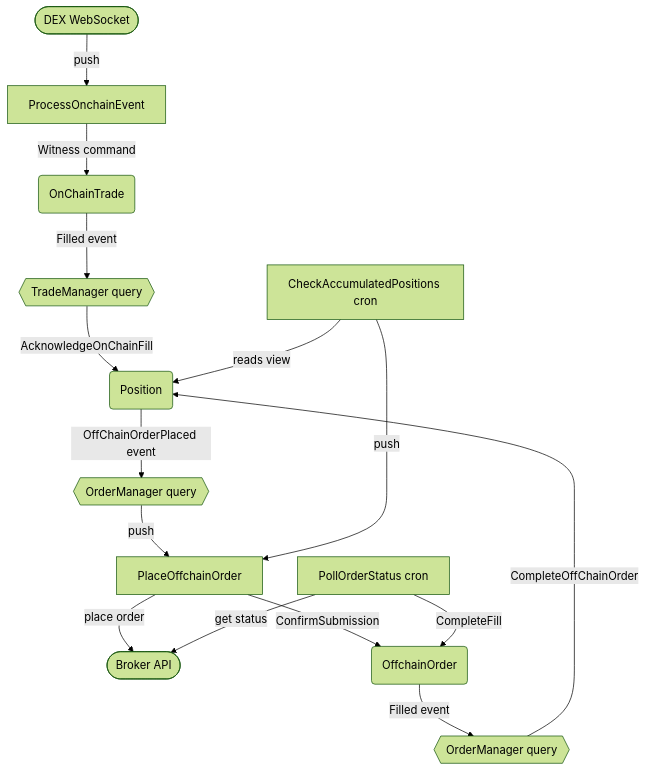
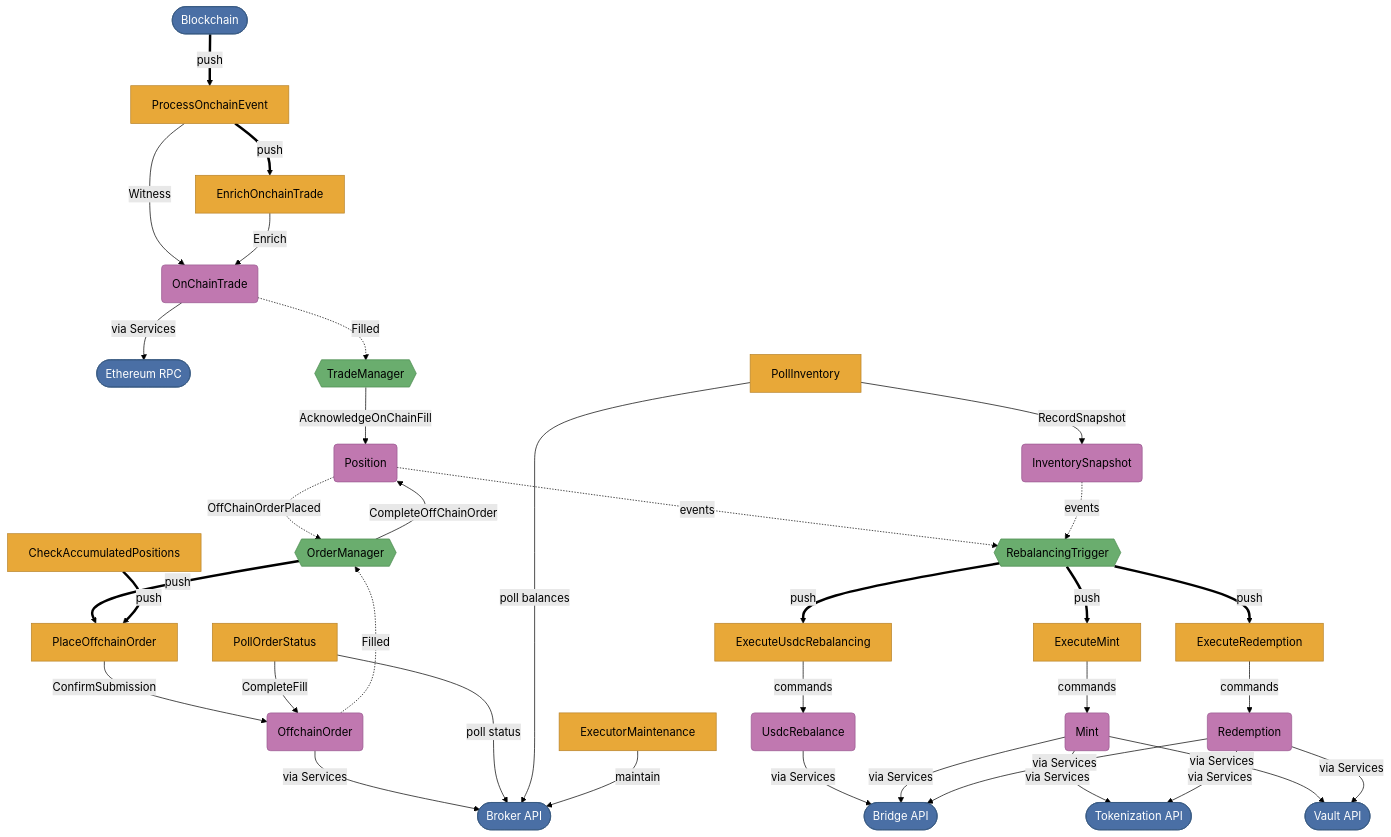
Before and after one commit to ST0x-Technology/st0x.liquidity: the first of 9 diagrams in SPEC.md, drawn with Mermaid (forest theme). The commit also changed other lines of this file, not shown here.

````diff
--- a/SPEC.md
+++ b/SPEC.md
@@ -212,22 +220,83 @@
 ```mermaid
 graph TD
-    WS([DEX WebSocket]) -->|push| POE[ProcessOnchainEvent]
+    classDef ext fill:#4a6fa5,color:#fff,stroke:#365880
+    classDef job fill:#e8a838,color:#000,stroke:#b8832a
+    classDef qry fill:#6aad6e,color:#000,stroke:#4a8a4e
+    classDef agg fill:#c078b0,color:#000,stroke:#995890
 
-    POE -->|Witness command| OT(OnChainTrade)
-    OT -->|Filled event| TM{{TradeManager query}}
-    TM -->|AcknowledgeOnChainFill| P(Position)
+    BLOCKCHAIN([Blockchain]):::ext
+    BROKER([Broker API]):::ext
+    RPC([Ethereum RPC]):::ext
+    TOKENIZER([Tokenization API]):::ext
+    BRIDGE([Bridge API]):::ext
+    VAULT([Vault API]):::ext
 
-    P -->|OffChainOrderPlaced event| OM{{OrderManager query}}
-    OM -->|push| PFO[PlaceOffchainOrder]
+    POE[ProcessOnchainEvent]:::job
+    EOT[EnrichOnchainTrade]:::job
+    PFO[PlaceOffchainOrder]:::job
+    EUSDC[ExecuteUsdcRebalancing]:::job
+    EMINT[ExecuteMint]:::job
+    EREDEEM[ExecuteRedemption]:::job
+    POLLORD[PollOrderStatus]:::job
+    CAP[CheckAccumulatedPositions]:::job
+    POLLINV[PollInventory]:::job
+    EMAINT[ExecutorMaintenance]:::job
 
-    PFO -->|place order| BROKER([Broker API])
-    PFO -->|ConfirmSubmission| OO(OffchainOrder)
+    TM{{TradeManager}}:::qry
+    OM{{OrderManager}}:::qry
+    RT{{RebalancingTrigger}}:::qry
 
-    POS[PollOrderStatus cron] -->|get status| BROKER
-    POS -->|CompleteFill| OO
-    OO -->|Filled event| OM2{{OrderManager query}}
-    OM2 -->|CompleteOffChainOrder| P
+    OT(OnChainTrade):::agg
+    P(Position):::agg
+    OO(OffchainOrder):::agg
+    INV(InventorySnapshot):::agg
+    USDC(UsdcRebalance):::agg
+    MINTA(Mint):::agg
+    REDEEMA(Redemption):::agg
 
-    CAP[CheckAccumulatedPositions cron] -->|reads view| P
-    CAP -->|push| PFO
+    BLOCKCHAIN ==>|push| POE
+
+    POE -->|Witness| OT
+    OT -.->|Filled| TM
+    TM -->|AcknowledgeOnChainFill| P
+    P -.->|OffChainOrderPlaced| OM
+    OM ==>|push| PFO
+    POE ==>|push| EOT
+
+    PFO -->|ConfirmSubmission| OO
+    OO -->|via Services| BROKER
+
+    POLLORD -->|poll status| BROKER
+    POLLORD -->|CompleteFill| OO
+    OO -.->|Filled| OM
+    OM -->|CompleteOffChainOrder| P
+
+    EOT -->|Enrich| OT
+    OT -->|via Services| RPC
+
+    CAP ==>|push| PFO
+
+    POLLINV -->|poll balances| BROKER
+    POLLINV -->|RecordSnapshot| INV
+
+    P -.->|events| RT
+    INV -.->|events| RT
+    RT ==>|push| EUSDC
+    RT ==>|push| EMINT
+    RT ==>|push| EREDEEM
+
+    EUSDC -->|commands| USDC
+    USDC -->|via Services| BRIDGE
+
+    EMINT -->|commands| MINTA
+    MINTA -->|via Services| TOKENIZER
+    MINTA -->|via Services| BRIDGE
+    MINTA -->|via Services| VAULT
+
+    EREDEEM -->|commands| REDEEMA
+    REDEEMA -->|via Services| TOKENIZER
+    REDEEMA -->|via Services| BRIDGE
+    REDEEMA -->|via Services| VAULT
+
+    EMAINT -->|maintain| BROKER
 ```
````
